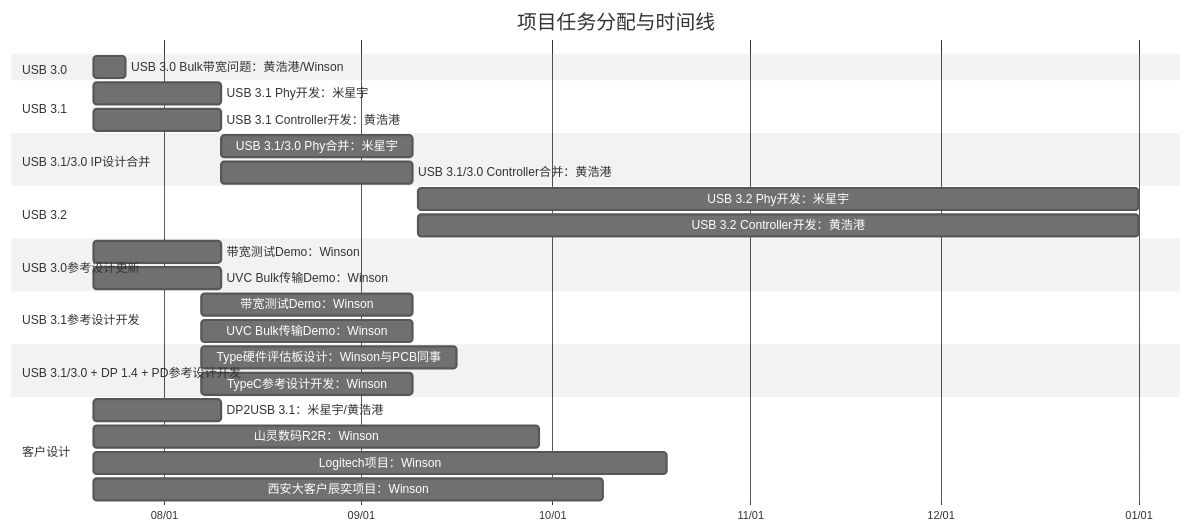
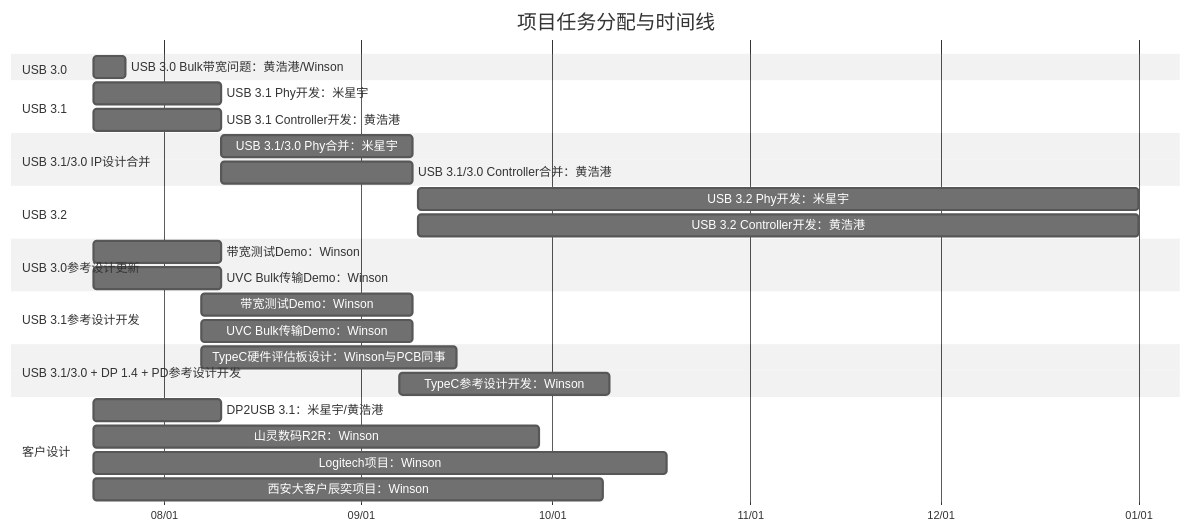
Before and after one commit to winsonbook/iodraw-files: the diagram in all/未命名.md, drawn with Mermaid (neutral theme).

Commit message:
2025-07-21 10:21:46 update

````diff
--- a/all/未命名.md
+++ b/all/未命名.md
@@ -1,39 +1,39 @@
 ```mermaid
 gantt
     title 项目任务分配与时间线
     dateFormat  YYYY-MM-DD
     axisFormat  %m/%d
 
     section USB 3.0
     USB 3.0 Bulk带宽问题：黄浩港/Winson   :    task1, 2025-07-21, 5d
 
     section USB 3.1
     USB 3.1 Phy开发：米星宇      :         task2, 2025-07-21, 20d
     USB 3.1 Controller开发：黄浩港      :  task3, 2025-07-21, 20d
 
     section USB 3.1/3.0 IP设计合并
     USB 3.1/3.0 Phy合并：米星宇       :    task4, 2025-08-10, 30d
     USB 3.1/3.0 Controller合并：黄浩港:    task5, 2025-08-10, 30d
 
     section USB 3.2
     USB 3.2 Phy开发：米星宇      :         task2, 2025-09-10, 113d
     USB 3.2 Controller开发：黄浩港      :  task3, 2025-09-10, 113d
 
     section USB 3.0参考设计更新
     带宽测试Demo：Winson       :         task6, 2025-07-21, 20d
     UVC Bulk传输Demo：Winson   :        task7, 2025-07-21, 20d
 
     section USB 3.1参考设计开发
     带宽测试Demo：Winson       :         task8, 2025-08-07, 33d
     UVC Bulk传输Demo：Winson   :         task9, 2025-08-07, 33d
 
     section USB 3.1/3.0 + DP 1.4 + PD参考设计开发
-    Type硬件评估板设计：Winson与PCB同事       :         task10, 2025-08-07, 40d
-    TypeC参考设计开发：Winson   :         task11, 2025-08-07, 33d
+    TypeC硬件评估板设计：Winson与PCB同事       :         task10, 2025-08-07, 40d
+    TypeC参考设计开发：Winson   :         task11, 2025-09-07, 33d
 
     section 客户设计
     DP2USB 3.1：米星宇/黄浩港      :task12, 2025-07-21, 20d
     山灵数码R2R：Winson :             task13, 2025-07-21, 70d
     Logitech项目：Winson :            task14, 2025-07-21, 90d
     西安大客户辰奕项目：Winson :       task15, 2025-07-21, 80d
 ```
````
